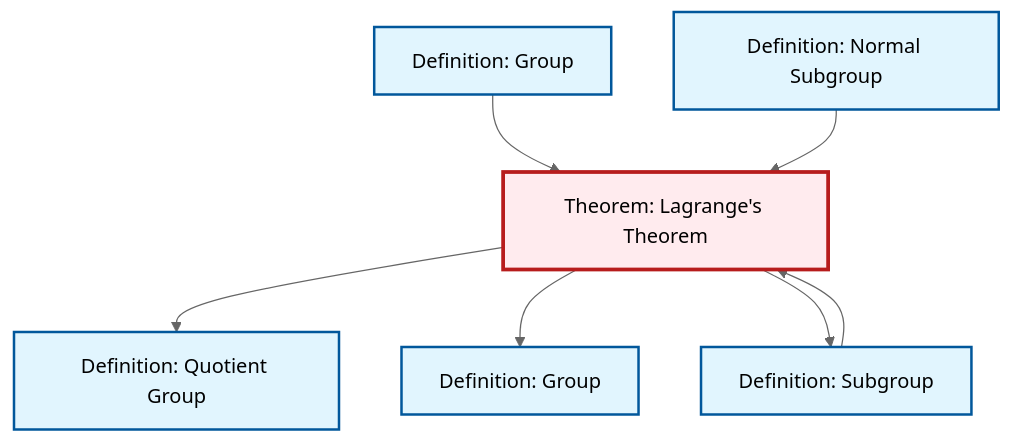
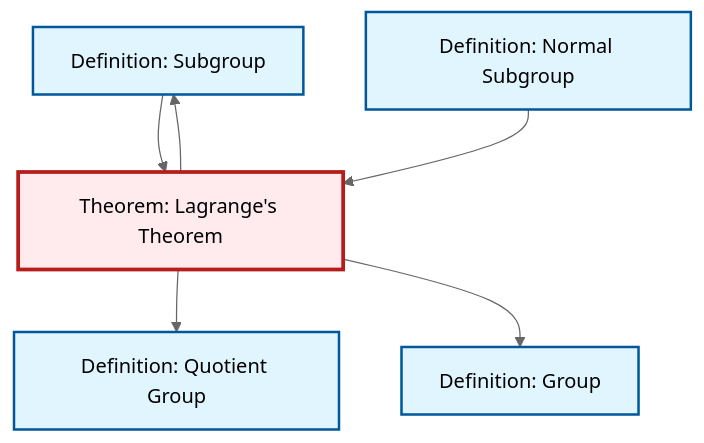
One commit to RK0429/ModernMath changed the diagram in content/en/algebra/thm-lagrange.qmd. Above: the diagram before and after it, drawn with Mermaid (neutral theme). The commit also changed 530 other files, not shown here.

````diff
--- a/content/en/algebra/thm-lagrange.qmd
+++ b/content/en/algebra/thm-lagrange.qmd
@@ -47,27 +47,24 @@
 ```{mermaid}
 %%| fig-cap: "Local dependency graph"
 graph TD
     classDef definition fill:#e1f5fe,stroke:#01579b,stroke-width:2px
     classDef theorem fill:#f3e5f5,stroke:#4a148c,stroke-width:2px
     classDef axiom fill:#fff3e0,stroke:#e65100,stroke-width:2px
     classDef example fill:#e8f5e9,stroke:#1b5e20,stroke-width:2px
     classDef current fill:#ffebee,stroke:#b71c1c,stroke-width:3px
+    def-subgroup["Definition: Subgroup"]:::definition
+    def-normal-subgroup["Definition: Normal Subgroup"]:::definition
+    def-group["Definition: Group"]:::definition
     def-quotient-group["Definition: Quotient Group"]:::definition
-    def-normal-subgroup["Definition: Normal Subgroup"]:::definition
     thm-lagrange["Theorem: Lagrange's Theorem"]:::theorem
-    def-subgroup["Definition: Subgroup"]:::definition
-    def-group["Definition: Group"]:::definition
-    def-group-example["Definition: Group"]:::definition
     def-subgroup --> thm-lagrange
-    def-group-example --> thm-lagrange
     thm-lagrange --> def-quotient-group
+    thm-lagrange --> def-subgroup
     thm-lagrange --> def-group
     def-normal-subgroup --> thm-lagrange
-    thm-lagrange --> def-subgroup
     class thm-lagrange current
+    click def-subgroup "def-subgroup.html" "Go to Subgroup definition"
+    click def-normal-subgroup "def-normal-subgroup.html" "Go to Normal Subgroup definition"
+    click def-group "def-group.html" "Go to Group definition"
     click def-quotient-group "def-quotient-group.html" "Go to Quotient Group definition"
-    click def-normal-subgroup "def-normal-subgroup.html" "Go to Normal Subgroup definition"
-    click def-subgroup "def-subgroup.html" "Go to Subgroup definition"
-    click def-group "def-group.html" "Go to Group definition"
-    click def-group-example "def-group-example.html" "Go to Group definition"
 ```
````
